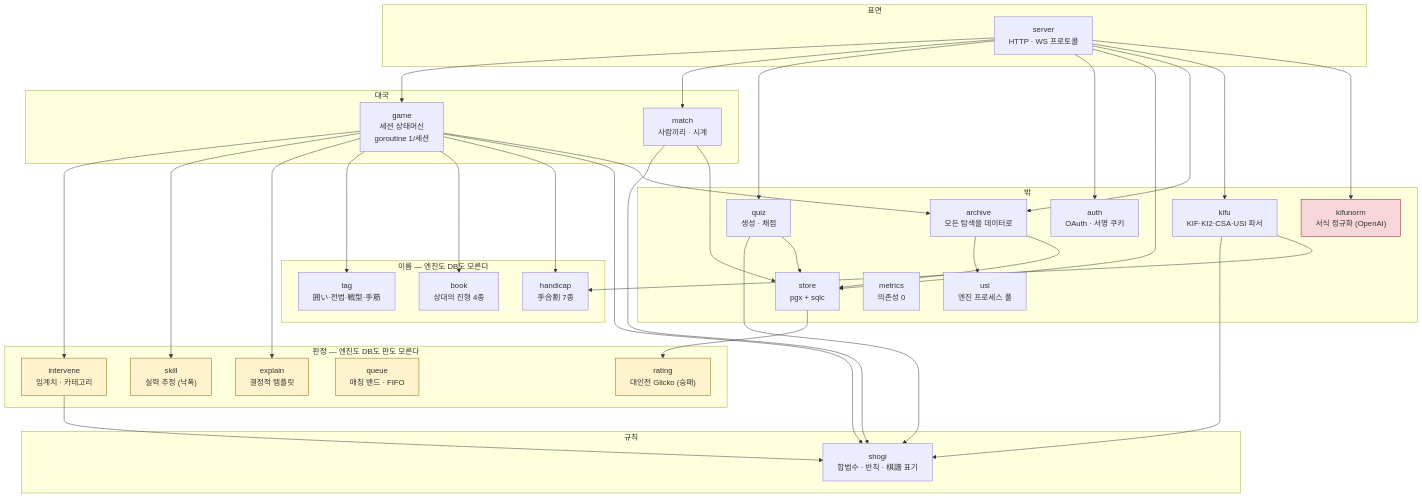
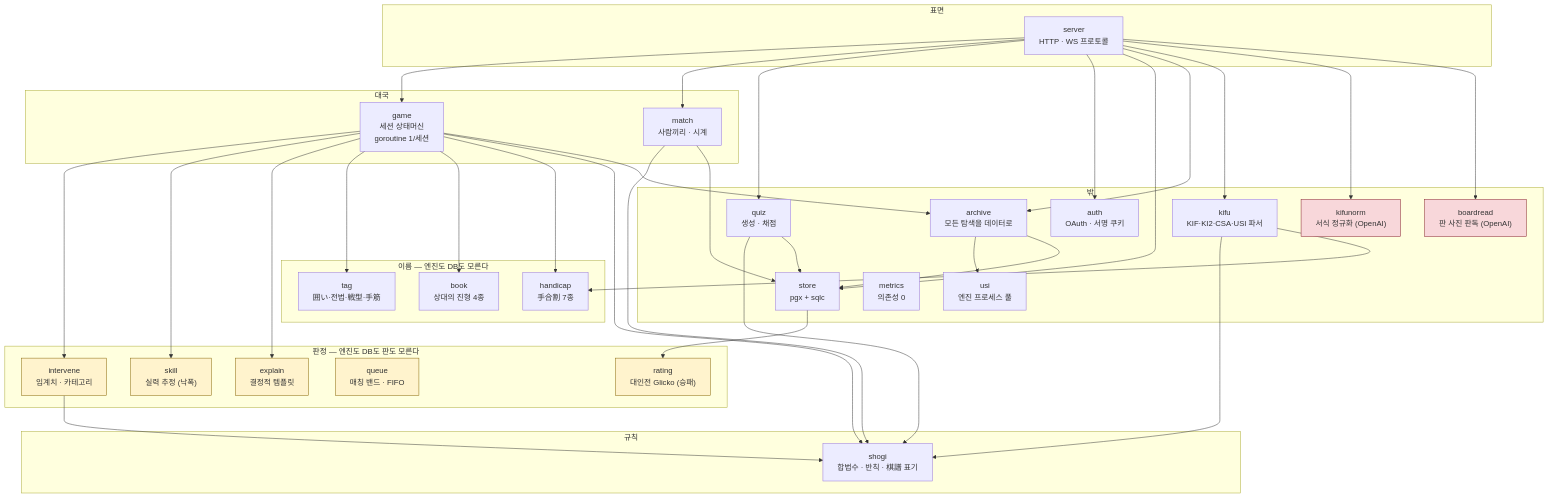
The second of 8 diagrams in docs/spec/architecture.md (jovid18/show-gi), drawn with Mermaid before and after one commit. The commit also changed other lines of this file and 53 other files, not shown here.

````diff
--- a/docs/spec/architecture.md
+++ b/docs/spec/architecture.md
@@ -53,56 +53,58 @@
 ```mermaid
 flowchart TB
     subgraph edge["표면"]
         SV["server<br/>HTTP · WS 프로토콜"]
     end
 
     subgraph core["대국"]
         GM["game<br/>세션 상태머신<br/>goroutine 1/세션"]
         MT["match<br/>사람끼리 · 시계"]
     end
 
     subgraph judge["판정 — 엔진도 DB도 판도 모른다"]
         IV["intervene<br/>임계치 · 카테고리"]
         SK["skill<br/>실력 추정 (낙폭)"]
         RT["rating<br/>대인전 Glicko (승패)"]
         QU["queue<br/>매칭 밴드 · FIFO"]
         EX["explain<br/>결정적 템플릿"]
     end
 
     subgraph know["이름 — 엔진도 DB도 모른다"]
         TG["tag<br/>囲い·전법·戦型·手筋"]
         BK["book<br/>상대의 진형 4종"]
         HC["handicap<br/>手合割 7종"]
     end
 
     subgraph rules["규칙"]
         SH["shogi<br/>합법수 · 반칙 · 棋譜 표기"]
     end
 
     subgraph io["밖"]
         AR["archive<br/>모든 탐색을 데이터로"]
         US["usi<br/>엔진 프로세스 풀"]
         ST["store<br/>pgx + sqlc"]
         AU["auth<br/>OAuth · 서명 쿠키"]
         MX["metrics<br/>의존성 0"]
         QZ["quiz<br/>생성 · 채점"]
         KF["kifu<br/>KIF·KI2·CSA·USI 파서"]
         KN["kifunorm<br/>서식 정규화 (OpenAI)"]
+        BR["boardread<br/>판 사진 판독 (OpenAI)"]
     end
 
-    SV --> GM & MT & QZ & AU & ST & AR & KF & KN
+    SV --> GM & MT & QZ & AU & ST & AR & KF & KN & BR
     GM --> IV & SK & EX & TG & BK & HC & SH & AR
     MT --> SH & ST
     ST --> RT
     IV --> SH
     AR --> US & ST
     QZ --> SH & ST
     KF --> SH & HC
 
     style IV fill:#fff3cd,stroke:#856404
     style SK fill:#fff3cd,stroke:#856404
     style EX fill:#fff3cd,stroke:#856404
     style RT fill:#fff3cd,stroke:#856404
     style QU fill:#fff3cd,stroke:#856404
     style KN fill:#f8d7da,stroke:#842029
+    style BR fill:#f8d7da,stroke:#842029
 ```
````
